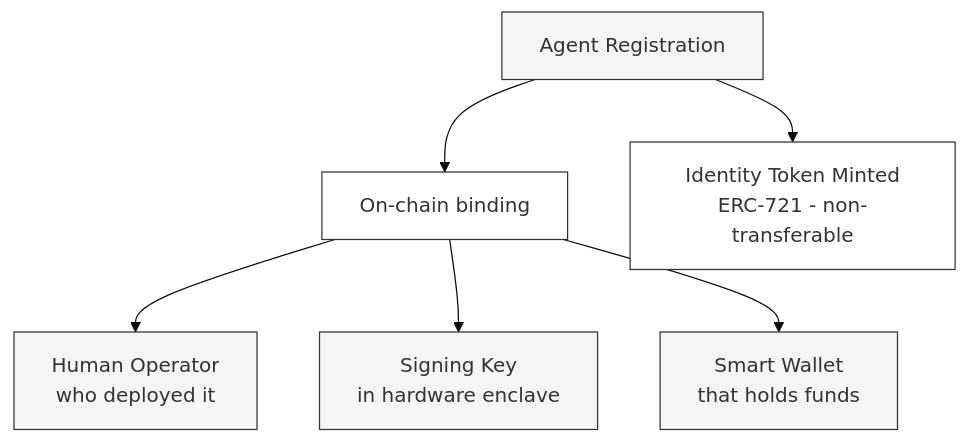
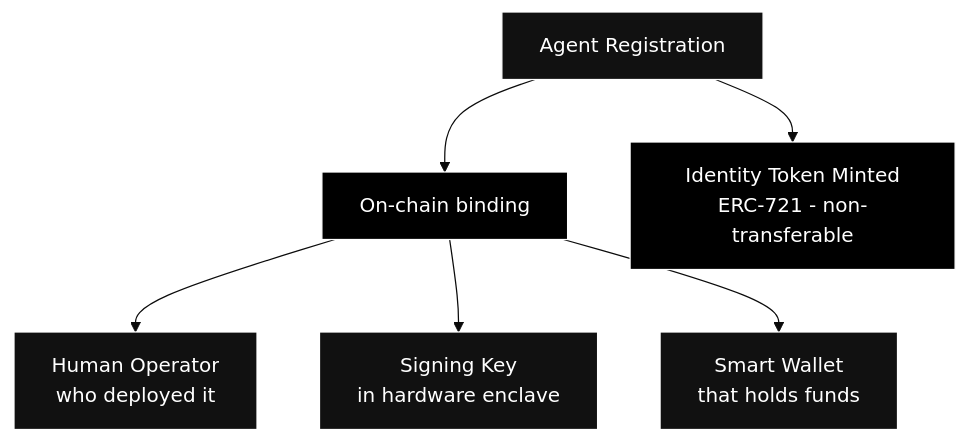
The first of 2 diagrams in concepts/identity-and-reputation.mdx (TRECC-eth/docs), drawn with Mermaid (base theme) before and after one commit. The commit also changed other lines of this file and 12 other files, not shown here.

Commit message:
changed diagram colours

````diff
--- a/concepts/identity-and-reputation.mdx
+++ b/concepts/identity-and-reputation.mdx
@@ -17,15 +17,15 @@
 ```mermaid
 graph TD
     REG[Agent Registration] --> BIND[On-chain binding]
     BIND --> OP[Human Operator<br/>who deployed it]
     BIND --> SIGNER[Signing Key<br/>in hardware enclave]
     BIND --> WALLET[Smart Wallet<br/>that holds funds]
     REG --> NFT[Identity Token Minted<br/>ERC-721 - non-transferable]
 
-    style REG fill:#f5f5f5,stroke:#333333
-    style BIND fill:#ffffff,stroke:#333333
-    style OP fill:#f5f5f5,stroke:#333333
-    style SIGNER fill:#f5f5f5,stroke:#333333
-    style WALLET fill:#f5f5f5,stroke:#333333
-    style NFT fill:#ffffff,stroke:#333333
+    style REG fill:#111111,stroke:#ffffff,color:#ffffff
+    style BIND fill:#000000,stroke:#ffffff,color:#ffffff
+    style OP fill:#111111,stroke:#ffffff,color:#ffffff
+    style SIGNER fill:#111111,stroke:#ffffff,color:#ffffff
+    style WALLET fill:#111111,stroke:#ffffff,color:#ffffff
+    style NFT fill:#000000,stroke:#ffffff,color:#ffffff
 ```
````
